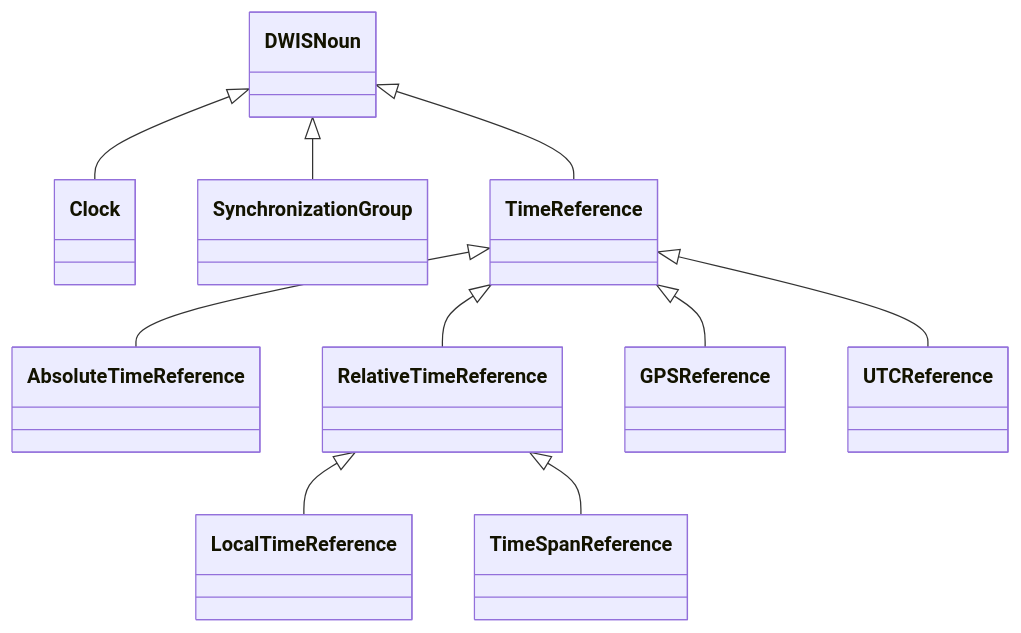
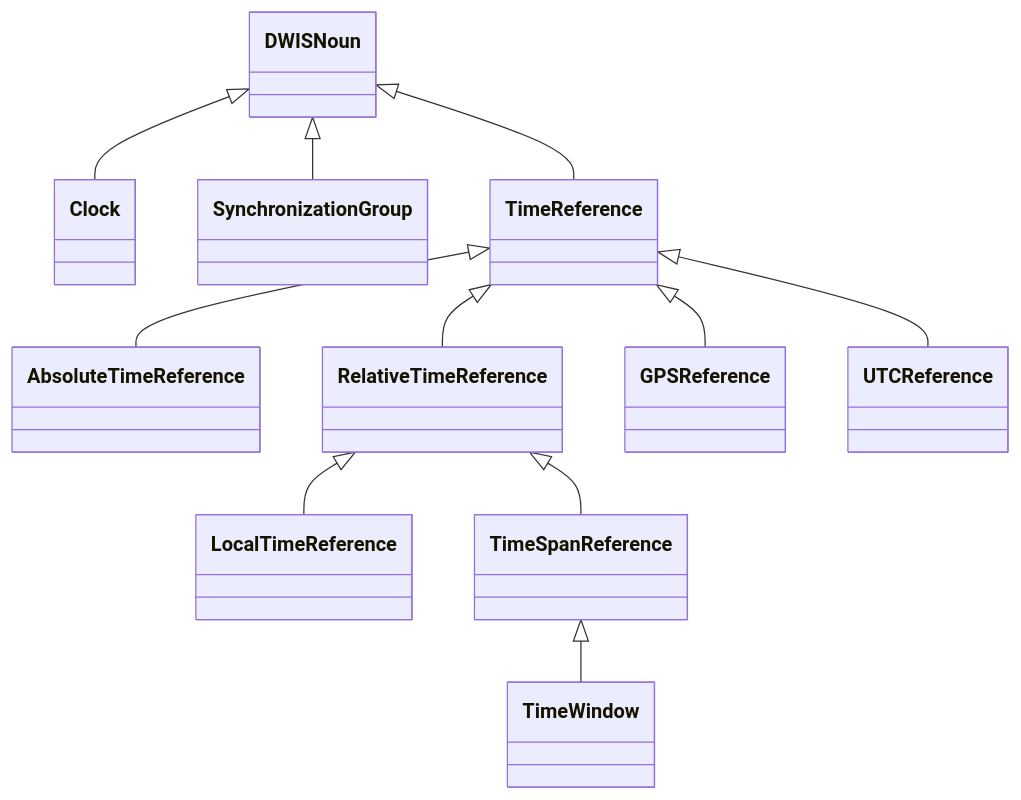
Before and after one commit to D-WIS/DDHub-Semantic-Interoperability: the first of 22 diagrams in docs/vocabulary_development/auto-generated/md/definition-files/TimeManagement.md, drawn with Mermaid. The commit also changed other lines of this file and 14 other files, not shown here.

````diff
--- a/docs/vocabulary_development/auto-generated/md/definition-files/TimeManagement.md
+++ b/docs/vocabulary_development/auto-generated/md/definition-files/TimeManagement.md
@@ -8,12 +8,13 @@
 ```mermaid
 classDiagram
 DWISNoun <|-- Clock
 DWISNoun <|-- SynchronizationGroup
 DWISNoun <|-- TimeReference
 TimeReference <|-- AbsoluteTimeReference
 TimeReference <|-- RelativeTimeReference
 TimeReference <|-- GPSReference
 TimeReference <|-- UTCReference
 RelativeTimeReference <|-- LocalTimeReference
 RelativeTimeReference <|-- TimeSpanReference
+TimeSpanReference <|-- TimeWindow
 ```
````
